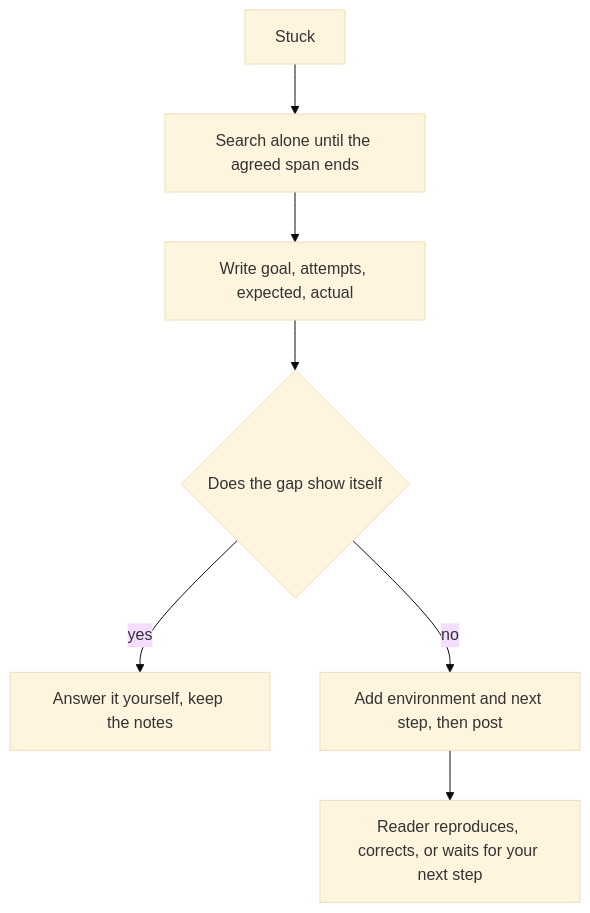
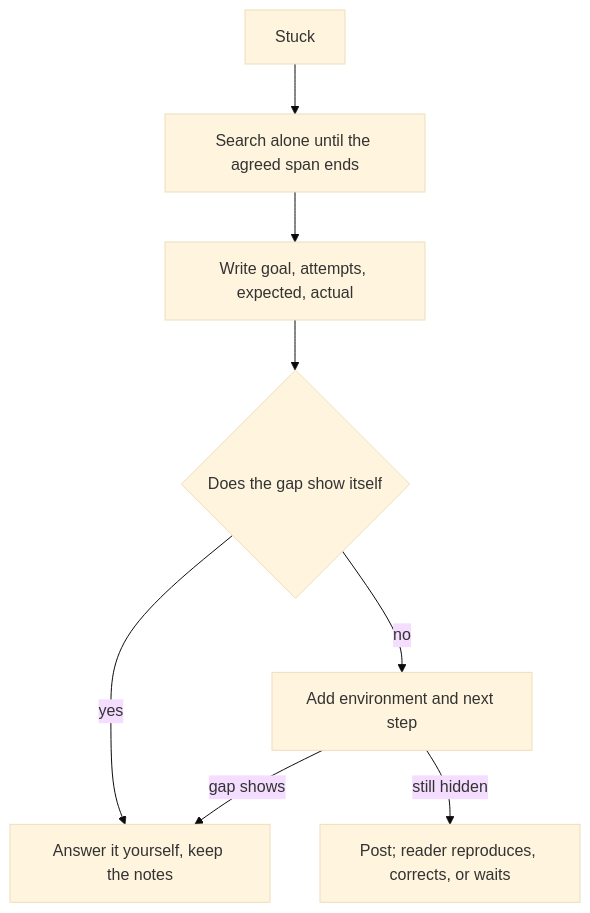
The diagram in content/tracks/foundation/craft/foundation.l2.asking-good-questions.en.md (duyan11110/lo-trinh-architect), drawn with Mermaid (base theme) before and after one commit. The commit also changed other lines of this file and 314 other files, not shown here.

````diff
--- a/content/tracks/foundation/craft/foundation.l2.asking-good-questions.en.md
+++ b/content/tracks/foundation/craft/foundation.l2.asking-good-questions.en.md
@@ -42,9 +42,10 @@
 ```mermaid
 flowchart TD
   S["Stuck"] --> B["Search alone until the agreed span ends"]
   B --> W["Write goal, attempts, expected, actual"]
   W --> G{"Does the gap show itself"}
   G -->|yes| O["Answer it yourself, keep the notes"]
-  G -->|no| P["Add environment and next step, then post"]
-  P --> R["Reader reproduces, corrects, or waits for your next step"]
+  G -->|no| P["Add environment and next step"]
+  P -->|gap shows| O
+  P -->|still hidden| R["Post; reader reproduces, corrects, or waits"]
 ```
````
